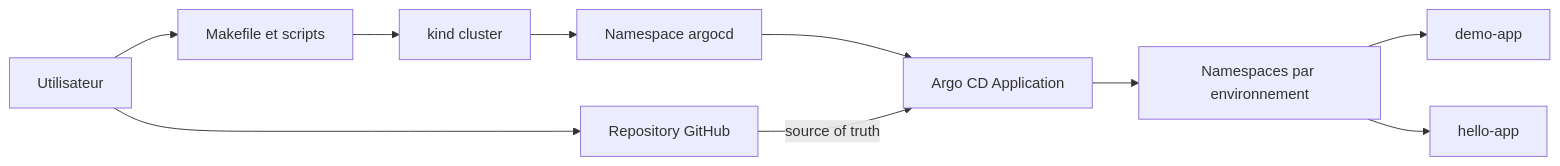
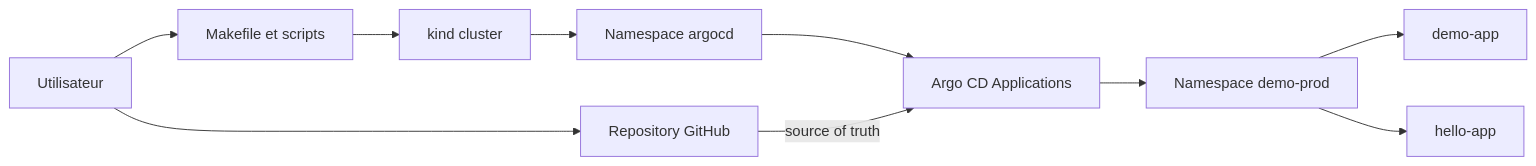
Before and after one commit to RobinThiriet/ArgoCD: the diagram in README.md, drawn with Mermaid. The commit also changed other lines of this file and 29 other files, not shown here.

````diff
--- a/README.md
+++ b/README.md
@@ -57,12 +31,12 @@
 ```mermaid
 flowchart LR
     U[Utilisateur] --> G[Repository GitHub]
     U --> M[Makefile et scripts]
     M --> K[kind cluster]
     K --> A[Namespace argocd]
-    A --> AC[Argo CD Application]
-    AC --> D[Namespaces par environnement]
+    A --> AC[Argo CD Applications]
+    AC --> P[Namespace demo-prod]
+    P --> D[demo-app]
+    P --> H[hello-app]
     G -->|source of truth| AC
-    D --> APP[demo-app]
-    D --> HELLO[hello-app]
 ```
````
